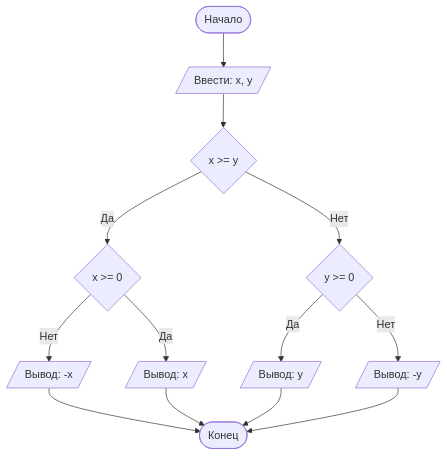
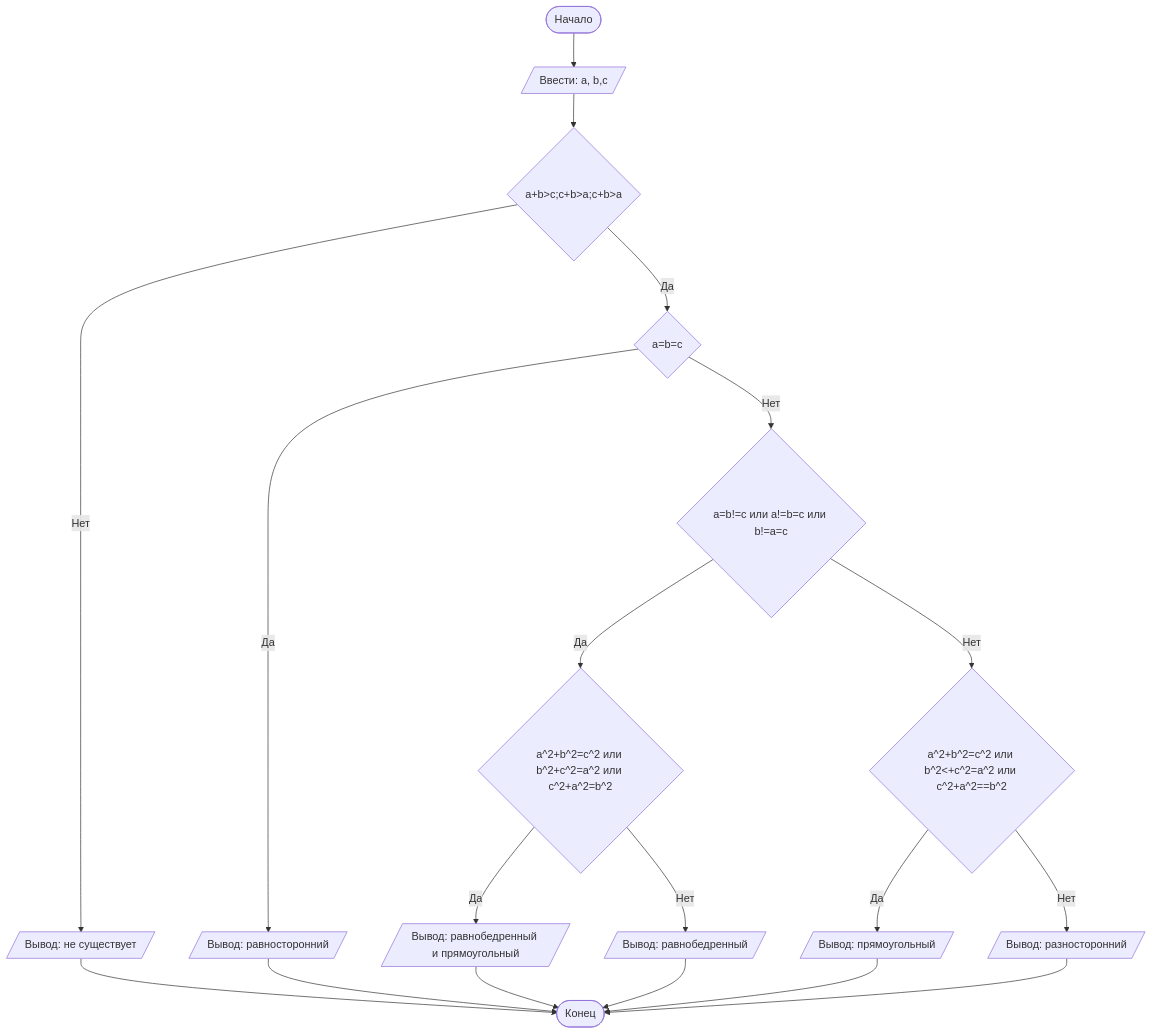
Before and after one commit to Laricheva10/lab1: the diagram in README.md, drawn with Mermaid. The commit also changed other lines of this file, not shown here.

````diff
--- a/README.md
+++ b/README.md
@@ -96,16 +95,22 @@
 ```mermaid
 graph TD
-    A([Начало]) --> B[/Ввести: x, y/]
-    B --> C{x >= y}
-    C -- Нет --> D{y >= 0}
-    D -- Нет --> E[/Вывод: -y/]
-    D -- Да --> H[/Вывод: y/]
-    C -- Да --> I{x >= 0}
-    I -- Нет --> J[/Вывод: -x/]
-    I -- Да --> K[/Вывод: x/]
-    J --> Z
-    K --> Z
-    H --> Z
-    E --> Z([Конец])
+    A([Начало]) --> B[/Ввести: a, b,c/]
+    B --> C{a+b>с;с+b>a;с+b>a}
+    C -- Нет --> D[/Вывод: не существует/]
+    C -- Да --> L{a=b=c}
+    L -- Да --> M[/Вывод: равносторонний/]
+    L -- Нет --> N{a=b!=c или a!=b=c или b!=a=c}
+    N -- Да --> O{a^2+b^2=c^2 или b^2+c^2=a^2 или c^2+a^2=b^2}
+    O -- Да --> P[/Вывод: равнобедренный и прямоугольный/]
+    O -- Нет --> R[/Вывод: равнобедренный/]
+    N -- Нет --> S{a^2+b^2=c^2 или b^2<+c^2=a^2 или c^2+a^2==b^2}
+    S -- Да --> T[/Вывод: прямоугольный/]
+    S -- Нет --> Q[/Вывод: разносторонний/]
+    D --> Z
+    M --> Z
+    P --> Z
+    R --> Z
+    T --> Z
+    Q --> Z([Конец])
 
 ```
````
